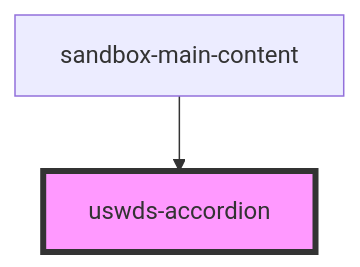
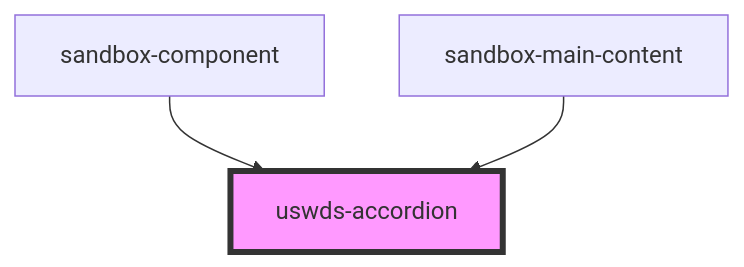
One commit to WeissCenter/uswds-sandbox changed the diagram in packages/weiss-sandbox/src/components/uswds-accordion/readme.md. Above: the diagram before and after it, drawn with Mermaid. The commit also changed other lines of this file and 9 other files, not shown here.

````diff
--- a/packages/weiss-sandbox/src/components/uswds-accordion/readme.md
+++ b/packages/weiss-sandbox/src/components/uswds-accordion/readme.md
@@ -22,5 +23,6 @@
 ```mermaid
 graph TD;
+  sandbox-component --> uswds-accordion
   sandbox-main-content --> uswds-accordion
   style uswds-accordion fill:#f9f,stroke:#333,stroke-width:4px
 ```
````
